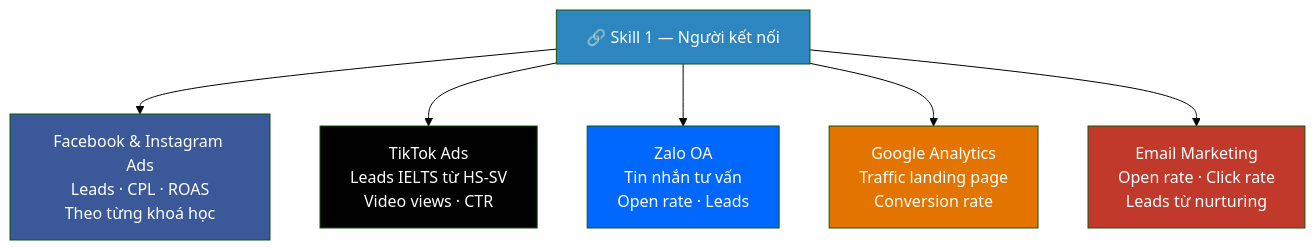
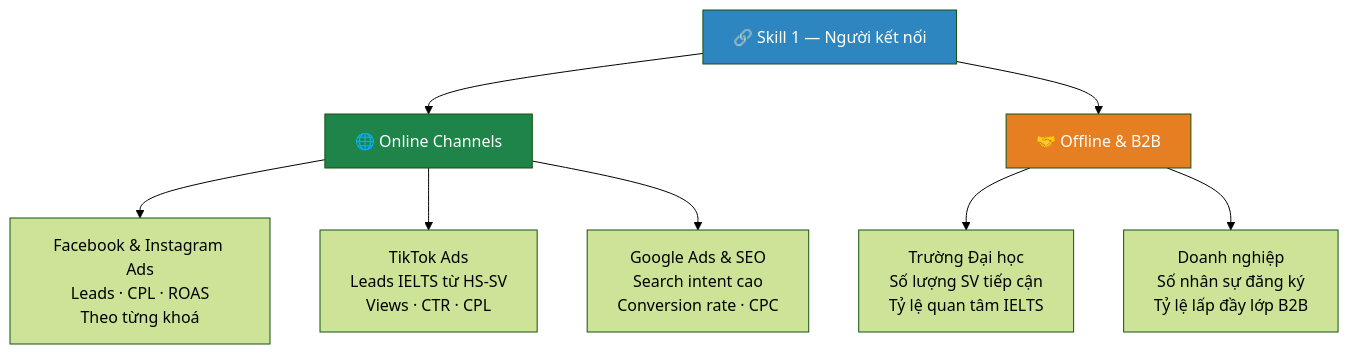
Before and after one commit to bochidung642-blip/1-kh-ng-gian-l-m-vi-c-c-nh-n-v-i-c-c-skills: the third of 7 diagrams in README.md, drawn with Mermaid (forest theme). The commit also changed other lines of this file, not shown here.

First line of the commit message:
docs: cập nhật README theo thông tin thực tế từ trung tâm

````diff
--- a/README.md
+++ b/README.md
@@ -65,17 +88,18 @@
 ```mermaid
 flowchart TD
     S1["🔗 Skill 1 — Người kết nối"]
 
-    S1 --> FB["Facebook & Instagram Ads\nLeads · CPL · ROAS\nTheo từng khoá học"]
-    S1 --> TT["TikTok Ads\nLeads IELTS từ HS-SV\nVideo views · CTR"]
-    S1 --> ZL["Zalo OA\nTin nhắn tư vấn\nOpen rate · Leads"]
-    S1 --> GG["Google Analytics\nTraffic landing page\nConversion rate"]
-    S1 --> EM["Email Marketing\nOpen rate · Click rate\nLeads từ nurturing"]
+    S1 --> ON["🌐 Online Channels"]
+    S1 --> OF["🤝 Offline & B2B"]
+
+    ON --> FB["Facebook & Instagram Ads\nLeads · CPL · ROAS\nTheo từng khoá"]
+    ON --> TT["TikTok Ads\nLeads IELTS từ HS-SV\nViews · CTR · CPL"]
+    ON --> GG["Google Ads & SEO\nSearch intent cao\nConversion rate · CPC"]
+
+    OF --> DH["Trường Đại học\nSố lượng SV tiếp cận\nTỷ lệ quan tâm IELTS"]
+    OF --> DN["Doanh nghiệp\nSố nhân sự đăng ký\nTỷ lệ lấp đầy lớp B2B"]
 
     style S1 fill:#2E86C1,color:#fff
-    style FB fill:#3B5998,color:#fff
-    style TT fill:#010101,color:#fff
-    style ZL fill:#0068FF,color:#fff
-    style GG fill:#E37400,color:#fff
-    style EM fill:#C0392B,color:#fff
+    style ON fill:#1E8449,color:#fff
+    style OF fill:#E67E22,color:#fff
 ```
````
